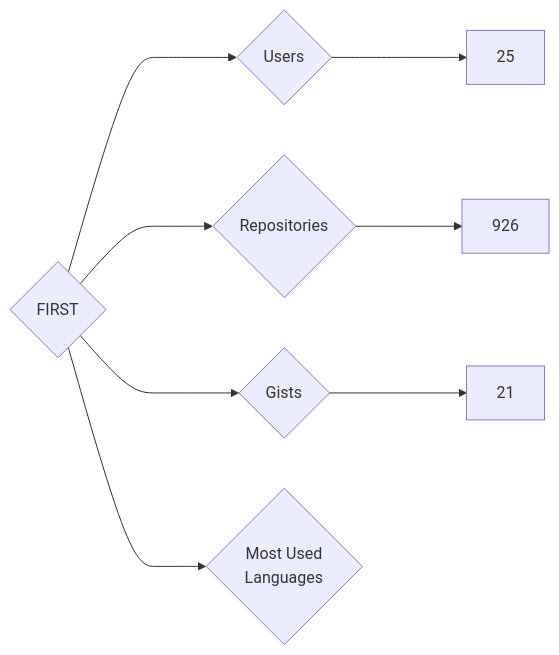
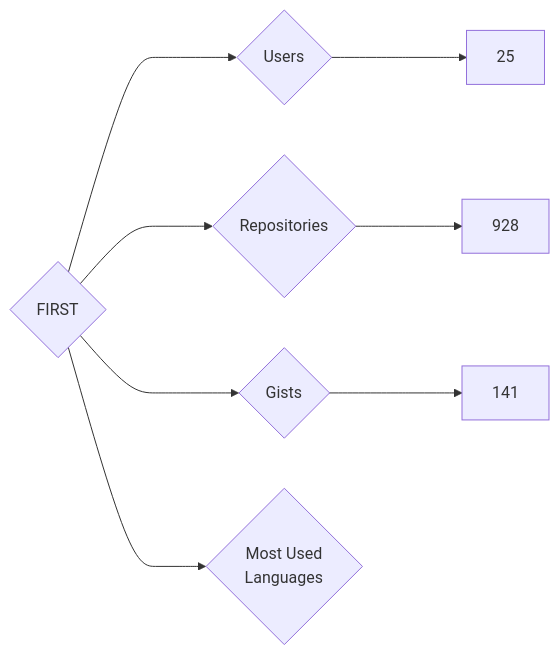
Before and after one commit to nenadzaric/insiders: the diagram in targets/FIRST/README.md, drawn with Mermaid. The commit also changed 1342 other files, not shown here.

````diff
--- a/targets/FIRST/README.md
+++ b/targets/FIRST/README.md
@@ -3,8 +3,8 @@
 ```mermaid
 graph LR
 COMPANY_NAME{FIRST}
 COMPANY_NAME ---> U{Users} ---> UN[25]
-COMPANY_NAME ---> R{Repositories} ---> RN[926]
-COMPANY_NAME ---> G{Gists} ---> GN[21]
+COMPANY_NAME ---> R{Repositories} ---> RN[928]
+COMPANY_NAME ---> G{Gists} ---> GN[141]
 COMPANY_NAME ---> ML{Most Used<br>Languages}
 ```
````
